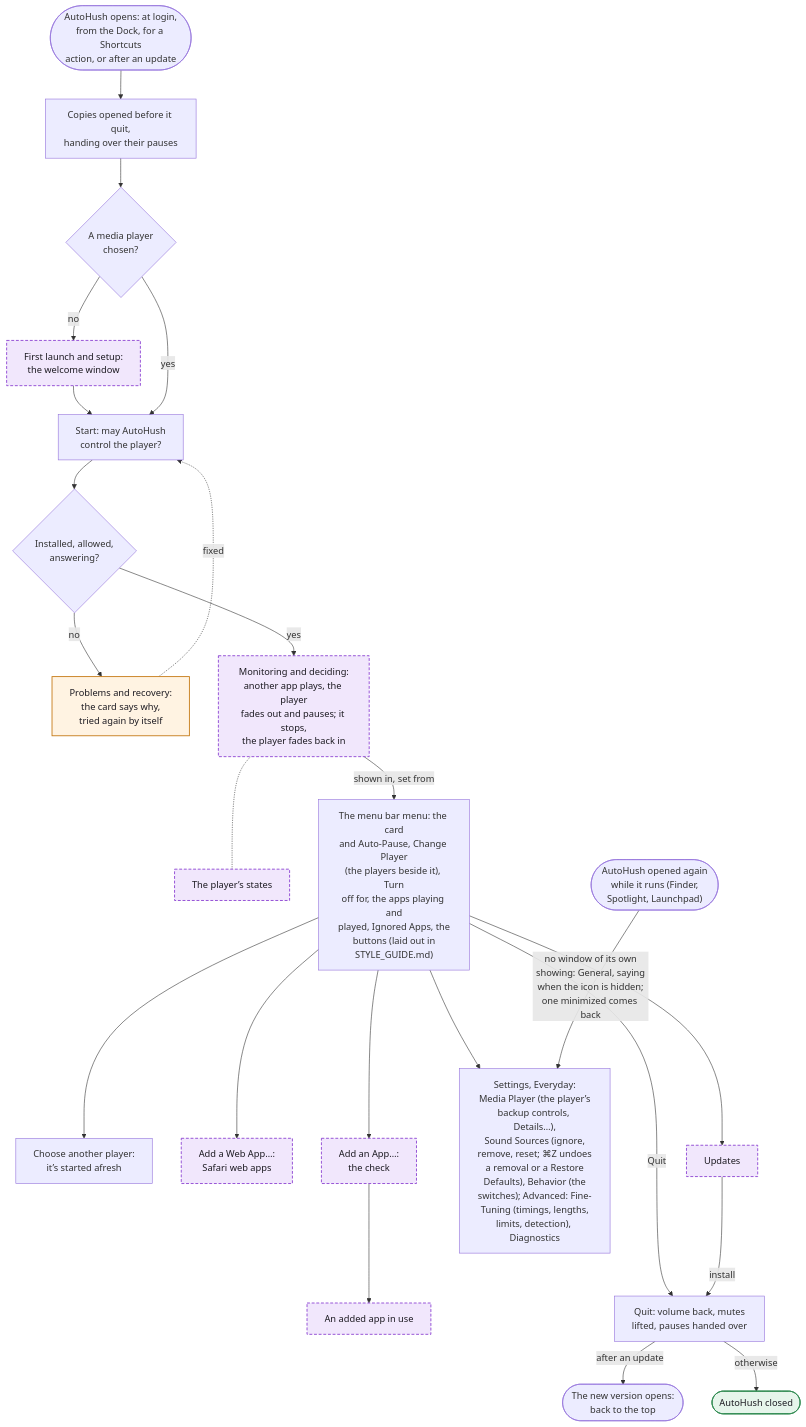
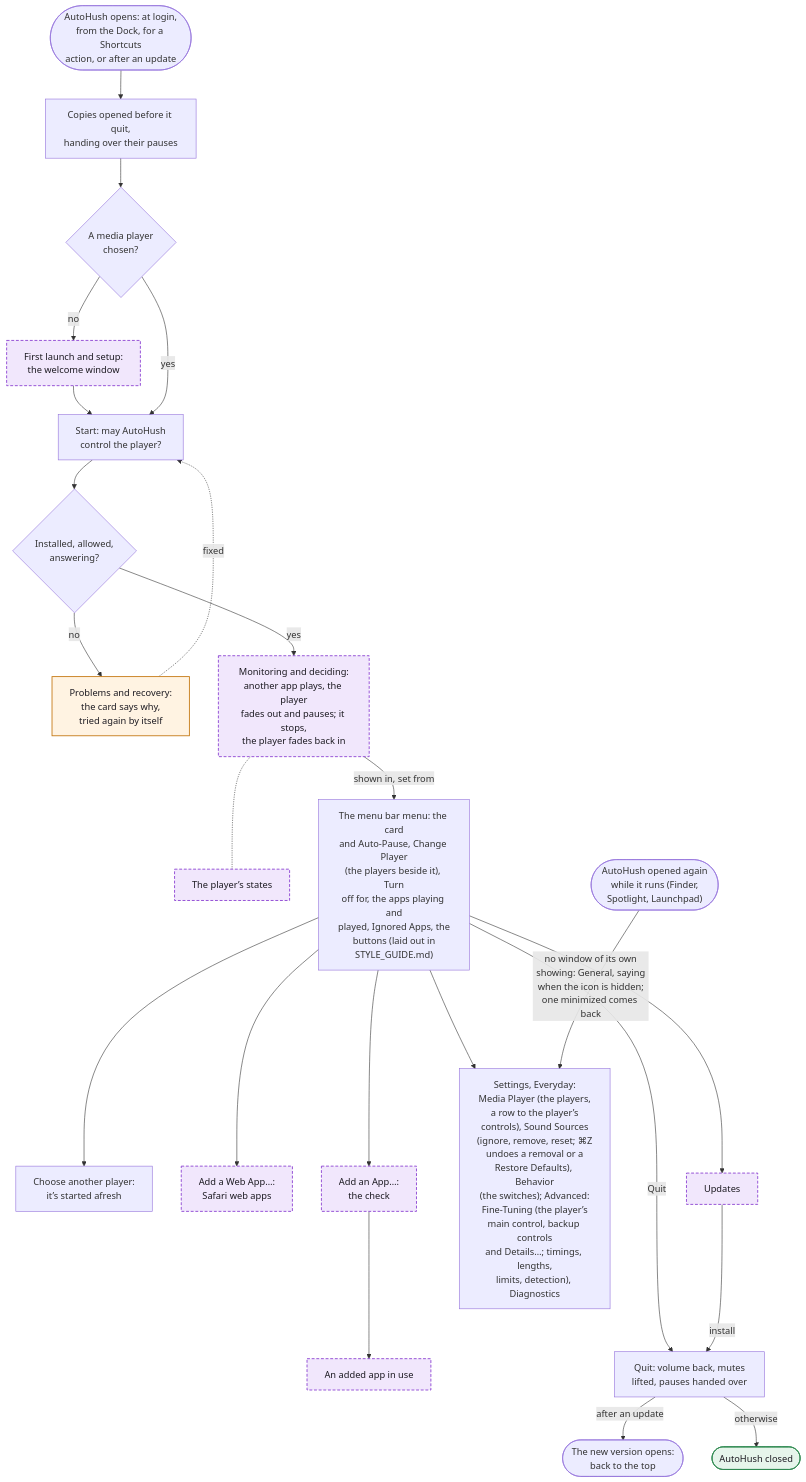
One commit to hfustercabre/AutoHush changed the first of 14 diagrams in WORKFLOWS.md. Above: the diagram before and after it, drawn with Mermaid. The commit also changed other lines of this file and 44 other files, not shown here.

First line of the commit message:
feat: choose a player's main control in Fine-Tuning, and backup controls stand in for a missing permission

````diff
--- a/WORKFLOWS.md
+++ b/WORKFLOWS.md
@@ -24,50 +24,50 @@
 ```mermaid
 flowchart TD
   L(["AutoHush opens: at login,<br/>from the Dock, for a Shortcuts<br/>action, or after an update"])
   O["Copies opened before it quit,<br/>handing over their pauses"]
   C{"A media player<br/>chosen?"}
   W["First launch and setup:<br/>the welcome window"]
   S["Start: may AutoHush<br/>control the player?"]
   P{"Installed, allowed,<br/>answering?"}
   R["Problems and recovery:<br/>the card says why,<br/>tried again by itself"]
   M["Monitoring and deciding:<br/>another app plays, the player<br/>fades out and pauses; it stops,<br/>the player fades back in"]
   ST["The player’s states"]
   MENU["The menu bar menu: the card<br/>and Auto-Pause, Change Player<br/>(the players beside it), Turn<br/>off for, the apps playing and<br/>played, Ignored Apps, the<br/>buttons (laid out in<br/>STYLE_GUIDE.md)"]
   CH["Choose another player:<br/>it’s started afresh"]
   WA["Add a Web App…:<br/>Safari web apps"]
   AA["Add an App…:<br/>the check"]
   AU["An added app in use"]
   AGAIN(["AutoHush opened again<br/>while it runs (Finder,<br/>Spotlight, Launchpad)"])
-  SET["Settings, Everyday:<br/>Media Player (the player’s<br/>backup controls, Details…),<br/>Sound Sources (ignore,<br/>remove, reset; ⌘Z undoes<br/>a removal or a Restore<br/>Defaults), Behavior (the<br/>switches); Advanced: Fine-<br/>Tuning (timings, lengths,<br/>limits, detection), Diagnostics"]
+  SET["Settings, Everyday:<br/>Media Player (the players,<br/>a row to the player’s<br/>controls), Sound Sources<br/>(ignore, remove, reset; ⌘Z<br/>undoes a removal or a<br/>Restore Defaults), Behavior<br/>(the switches); Advanced:<br/>Fine-Tuning (the player’s<br/>main control, backup controls<br/>and Details…; timings, lengths,<br/>limits, detection), Diagnostics"]
   UP["Updates"]
   Q["Quit: volume back, mutes<br/>lifted, pauses handed over"]
   RL(["The new version opens:<br/>back to the top"])
   QX(["AutoHush closed"])
 
   L --> O --> C
   C -->|"no"| W --> S
   C -->|"yes"| S
   S --> P
   P -->|"no"| R
   R -.->|"fixed"| S
   P -->|"yes"| M
   M -.- ST
   M -->|"shown in, set from"| MENU
   MENU --> CH
   MENU --> WA
   MENU --> AA --> AU
   MENU --> SET
   AGAIN -->|"no window of its own<br/>showing: General, saying<br/>when the icon is hidden;<br/>one minimized comes back"| SET
   MENU --> UP
   MENU -->|"Quit"| Q
   UP -->|"install"| Q
   Q -->|"after an update"| RL
   Q -->|"otherwise"| QX
 
   class W,M,ST,WA,AA,AU,UP ref
   class R warn
   class QX done
   classDef ref fill:#f1e7fc,stroke:#8a3fd1,stroke-width:1.5px,stroke-dasharray: 5 3,color:#1d1b22
   classDef warn fill:#fff3e2,stroke:#c47812,stroke-width:1.5px,color:#1d1b22
   classDef done fill:#e6f5eb,stroke:#2f8a50,stroke-width:1.5px,color:#1d1b22
 ```
````
